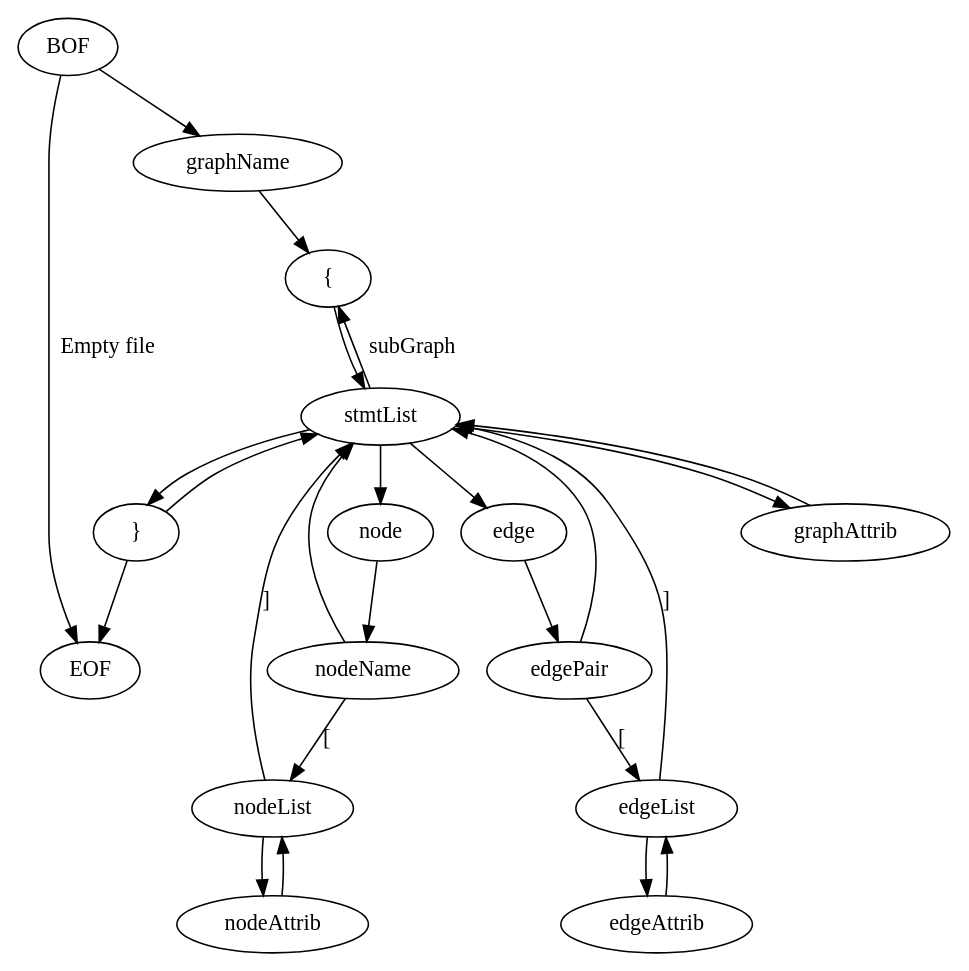
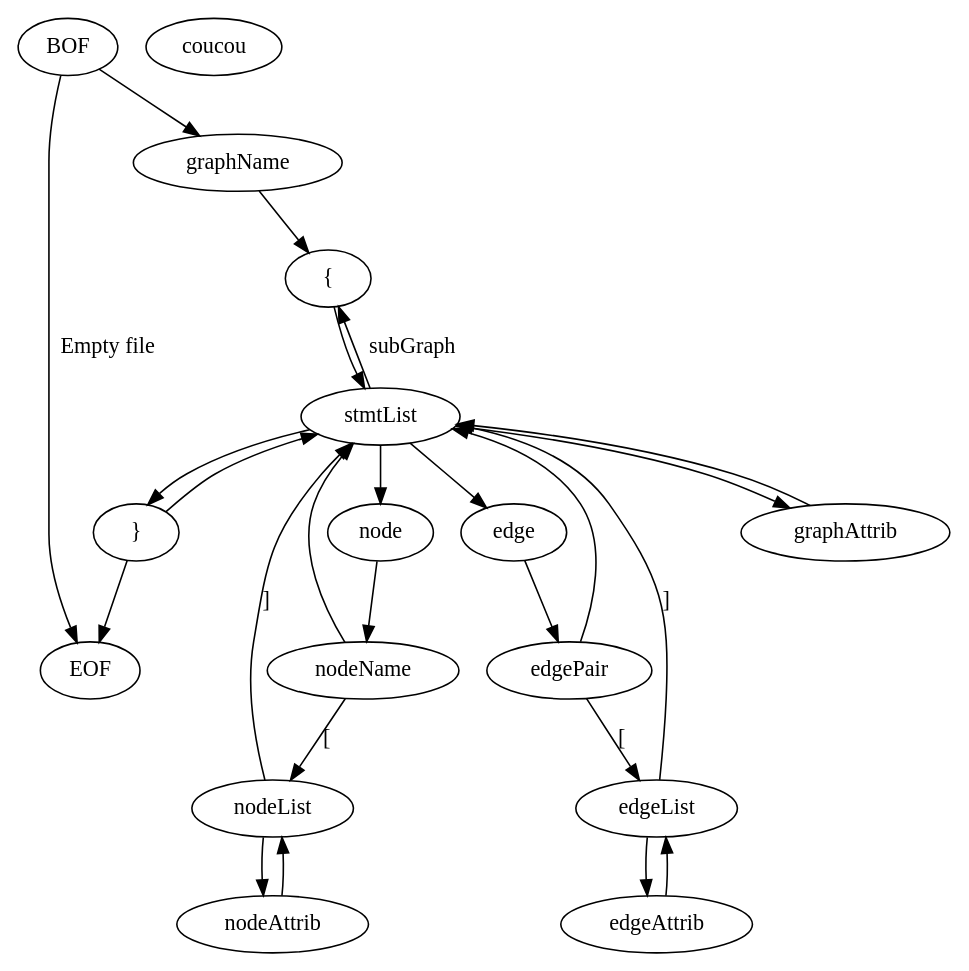
One commit to GuillaumeNed33/PT4_GRAPHE changed the diagram in ressources/graphvis.gv. Above: the diagram before and after it, drawn with Graphviz.

Commit message:
Ajout d'un sommet sans arete

```diff
--- a/ressources/graphvis.gv
+++ b/ressources/graphvis.gv
@@ -1,42 +1,43 @@
 digraph "DotFileParser" {
     size="12.8,10.24";
     "node0" [ label="BOF" shape=ellipse ];
     "node1" [ label="EOF" shape=ellipse ];
     "node2" [ label="graphName" shape=ellipse ];
     "node3" [ label="{" shape=ellipse ];
     "node4" [ label="stmtList" shape=ellipse ];
     "node5" [ label="graphAttrib" shape=ellipse ];
     "node6" [ label="node" shape=ellipse ];
     "node7" [ label="edge" shape=ellipse ];
     "node8" [ label="}" shape=ellipse ];
     "node9" [ label="nodeName" shape=ellipse ];
     "node10" [ label="edgePair" shape=ellipse ];
     "node11" [ label="nodeList" shape=ellipse ];
     "node12" [ label="edgeList" shape=ellipse ];
     "node13" [ label="nodeAttrib" shape=ellipse ];
     "node14" [ label="edgeAttrib" shape=ellipse ];
+    "node15" [ label="coucou" shape=ellipse ];
     "node0" -> "node1" [ color=black fontcolor=black label="Empty file" ];
     "node0" -> "node2" [ color=black ];
     "node2" -> "node3" [ color=black ];
     "node3" -> "node4" [ color=black ];
     "node4" -> "node5" [ color=black ];
     "node5" -> "node4" [ color=black ];
     "node4" -> "node6" [ color=black ];
     "node4" -> "node7" [ color=black ];
     "node4" -> "node3" [ color=black fontcolor=black label="subGraph" ];
     "node4" -> "node8" [ color=black ];
     "node8" -> "node4" [ color=black ];
     "node8" -> "node1" [ color=black ];
     "node6" -> "node9" [ color=black ];
     "node7" -> "node10" [ color=black ];
     "node9" -> "node11" [ color=black fontcolor=black label="[" ];
     "node9" -> "node4" [ color=black ];
     "node10" -> "node12" [ color=black fontcolor=black label="[" ];
     "node10" -> "node4" [ color=black ];
     "node11" -> "node4" [ color=black fontcolor=black label="]" ];
     "node12" -> "node4" [ color=black fontcolor=black label="]" ];
     "node11" -> "node13" [ color=black ];
     "node13" -> "node11" [ color=black ];
     "node12" -> "node14" [ color=black ];
     "node14" -> "node12" [ color=black ];
 }
```
